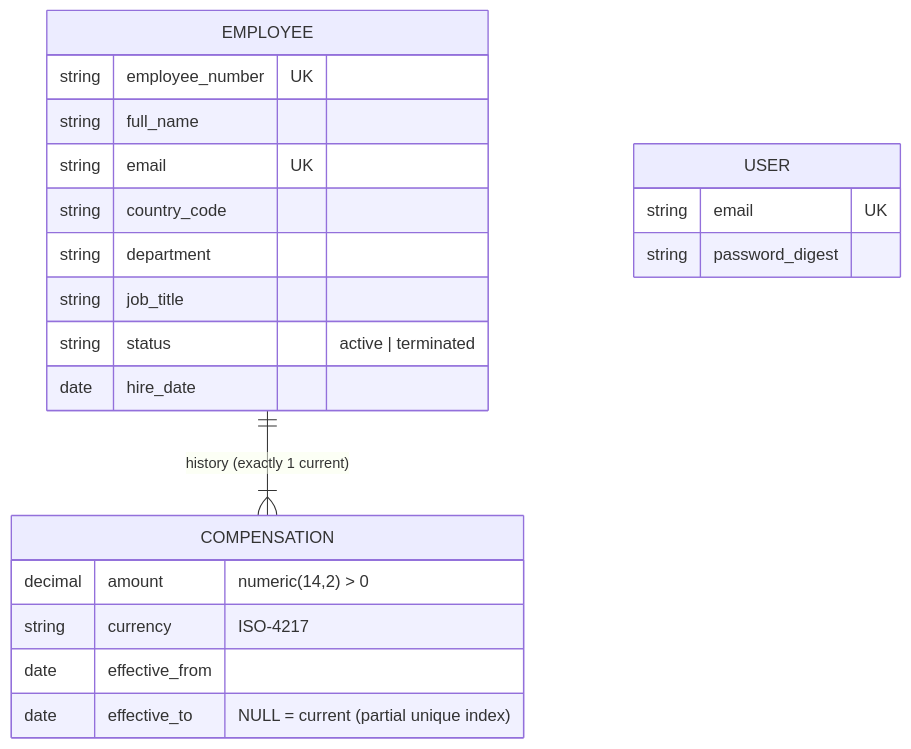
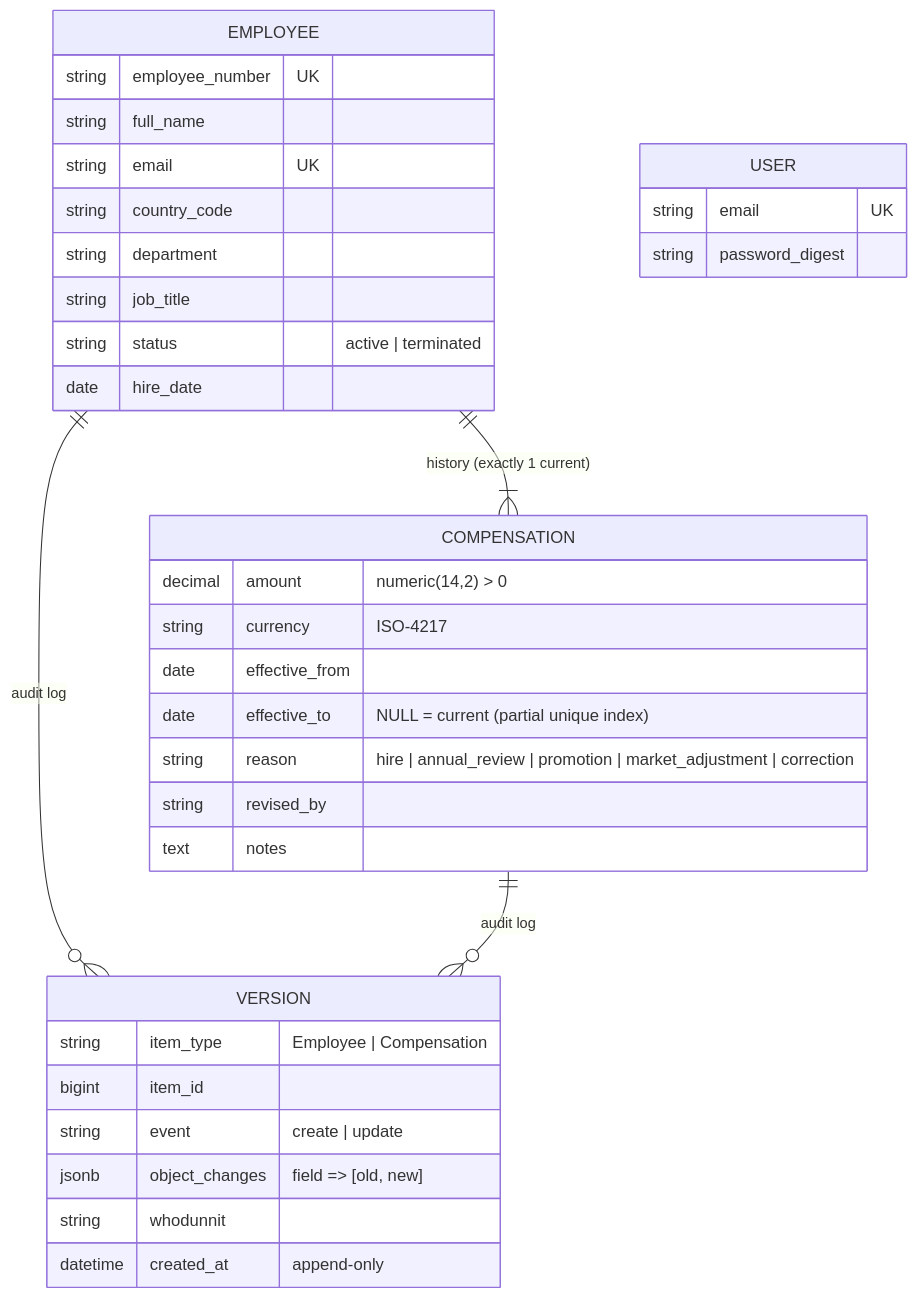
The fifth of 9 diagrams in docs/architecture-diagrams.md (sravan44/salary-dashboard), drawn with Mermaid before and after one commit. The commit also changed 31 other files, not shown here.

First line of the commit message:
feat(employees): add employee and salary history schema, audit trail and deterministic 10k seed

````diff
--- a/docs/architecture-diagrams.md
+++ b/docs/architecture-diagrams.md
@@ -97,24 +97,37 @@
 ```mermaid
 erDiagram
   EMPLOYEE ||--|{ COMPENSATION : "history (exactly 1 current)"
+  EMPLOYEE ||--o{ VERSION : "audit log"
+  COMPENSATION ||--o{ VERSION : "audit log"
   EMPLOYEE {
     string employee_number UK
     string full_name
     string email UK
     string country_code
     string department
     string job_title
     string status "active | terminated"
     date hire_date
   }
   COMPENSATION {
     decimal amount "numeric(14,2) > 0"
     string currency "ISO-4217"
     date effective_from
     date effective_to "NULL = current (partial unique index)"
+    string reason "hire | annual_review | promotion | market_adjustment | correction"
+    string revised_by
+    text notes
+  }
+  VERSION {
+    string item_type "Employee | Compensation"
+    bigint item_id
+    string event "create | update"
+    jsonb object_changes "field => [old, new]"
+    string whodunnit
+    datetime created_at "append-only"
   }
   USER {
     string email UK
     string password_digest
   }
 ```
````
